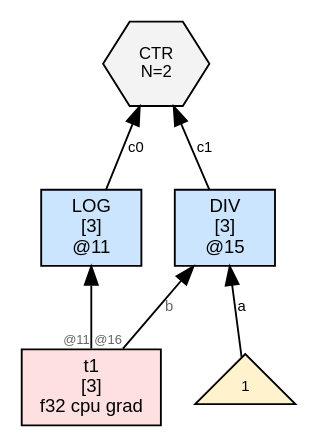
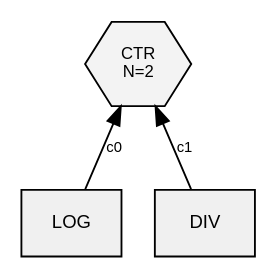
Before and after one commit to sw1sh/TinyHVM: the diagram in wl/examples/thvm_graphs/grad_rules/log/thvm_1_post_reduce.dot, drawn with Graphviz. The commit also changed 309 other files, not shown here.

First line of the commit message:
grad: GRAD_MODE_PAIR emits CTR{forward, backward}; step trace skips FUSE

```diff
--- a/wl/examples/thvm_graphs/grad_rules/log/thvm_1_post_reduce.dot
+++ b/wl/examples/thvm_graphs/grad_rules/log/thvm_1_post_reduce.dot
@@ -1,16 +1,11 @@
 digraph G {
   rankdir=BT;
   node [fontname="Helvetica", fontsize=10, style=filled, shape=box, margin="0.1,0.05"];
   edge [fontsize=8, fontname="Helvetica"];
 
-  n11 [label="LOG\n[3]\n@11", shape=box, fillcolor="#cce5ff"];
-  t1 [label="t1\n[3]\nf32 cpu grad",shape=box,fillcolor="#ffe0e0"];
-  t1 -> n11 [label="",taillabel="@11",labelfontsize=7,fontcolor="#666666"];
-  n15 [label="DIV\n[3]\n@15", shape=box, fillcolor="#cce5ff"];
-  num15_0 [label="1",shape=triangle,fillcolor="#fff2cc",fontsize=8];
-  num15_0 -> n15 [label="a"];
-  t1 -> n15 [label="b",taillabel="@16",labelfontsize=7,fontcolor="#666666"];
-  ctr8 [label="CTR\nN=2", shape=hexagon, fillcolor="#f3f3f3", fontsize=9];
-  n11 -> ctr8 [label="c0"];
-  n15 -> ctr8 [label="c1"];
+  ctr23 [label="CTR\nN=2", shape=hexagon, fillcolor="#f3f3f3", fontsize=9];
+  n17 [label="LOG", shape=box, fillcolor="#f0f0f0"];
+  n17 -> ctr23 [label="c0"];
+  n19 [label="DIV", shape=box, fillcolor="#f0f0f0"];
+  n19 -> ctr23 [label="c1"];
 }
```
